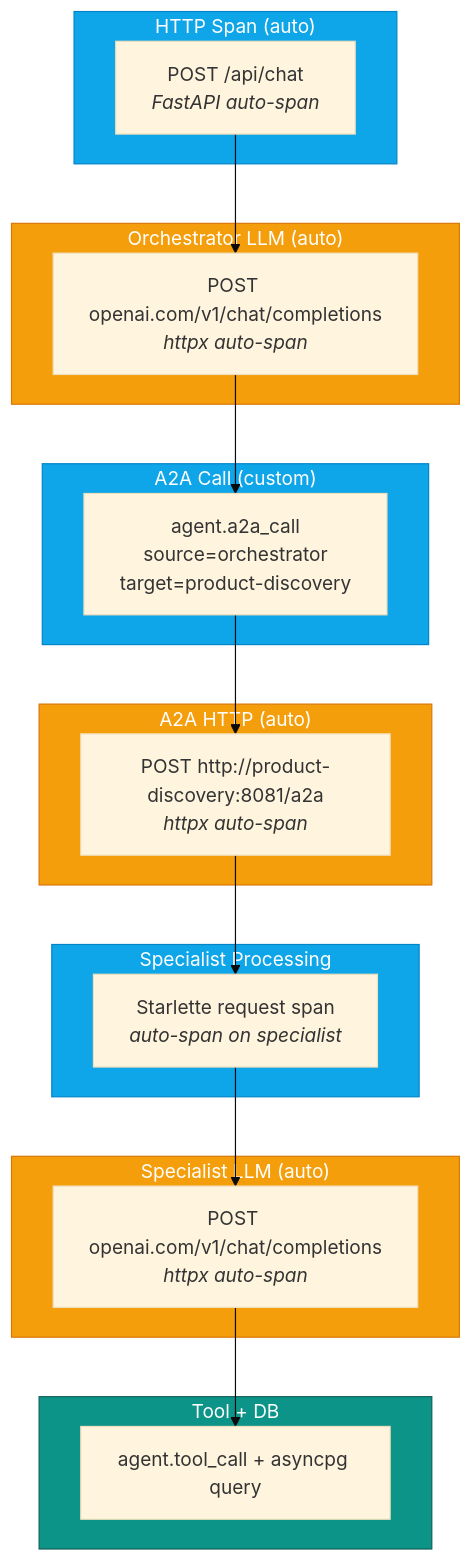
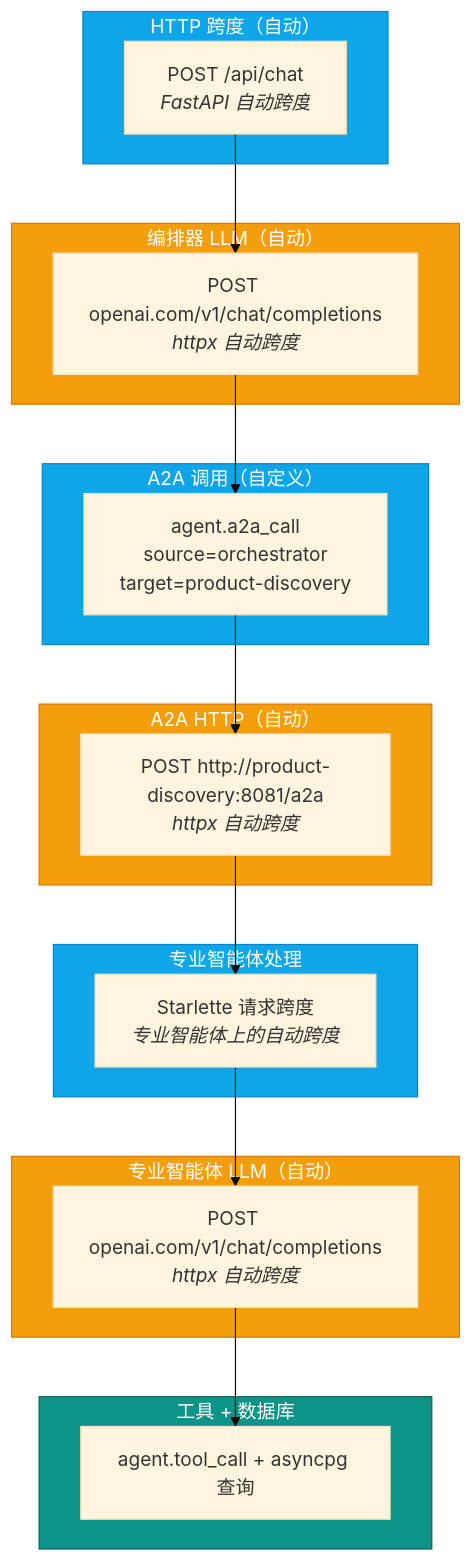
The third of 3 diagrams in docs/telemetry.md (s1encisi/reliable-commerce-agents), drawn with Mermaid (base theme) before and after one commit. The commit also changed other lines of this file and 1033 other files, not shown here.

````diff
--- a/docs/telemetry.md
+++ b/docs/telemetry.md
@@ -94,44 +94,44 @@
 ```mermaid
 graph TD
-    subgraph HTTP["HTTP Span (auto)"]
+    subgraph HTTP["HTTP 跨度（自动）"]
         style HTTP fill:#0ea5e9,stroke:#0284c7,color:#fff
-        A["POST /api/chat<br/><i>FastAPI auto-span</i>"]
+        A["POST /api/chat<br/><i>FastAPI 自动跨度</i>"]
     end
 
-    subgraph LLM1["Orchestrator LLM (auto)"]
+    subgraph LLM1["编排器 LLM（自动）"]
         style LLM1 fill:#f59e0b,stroke:#d97706,color:#fff
-        B["POST openai.com/v1/chat/completions<br/><i>httpx auto-span</i>"]
+        B["POST openai.com/v1/chat/completions<br/><i>httpx 自动跨度</i>"]
     end
 
-    subgraph A2A["A2A Call (custom)"]
+    subgraph A2A["A2A 调用（自定义）"]
         style A2A fill:#0ea5e9,stroke:#0284c7,color:#fff
         C["agent.a2a_call<br/>source=orchestrator<br/>target=product-discovery"]
     end
 
-    subgraph A2AHTTP["A2A HTTP (auto)"]
+    subgraph A2AHTTP["A2A HTTP（自动）"]
         style A2AHTTP fill:#f59e0b,stroke:#d97706,color:#fff
-        D["POST http://product-discovery:8081/a2a<br/><i>httpx auto-span</i>"]
+        D["POST http://product-discovery:8081/a2a<br/><i>httpx 自动跨度</i>"]
     end
 
-    subgraph Specialist["Specialist Processing"]
+    subgraph Specialist["专业智能体处理"]
         style Specialist fill:#0ea5e9,stroke:#0284c7,color:#fff
-        E["Starlette request span<br/><i>auto-span on specialist</i>"]
+        E["Starlette 请求跨度<br/><i>专业智能体上的自动跨度</i>"]
     end
 
-    subgraph LLM2["Specialist LLM (auto)"]
+    subgraph LLM2["专业智能体 LLM（自动）"]
         style LLM2 fill:#f59e0b,stroke:#d97706,color:#fff
-        F["POST openai.com/v1/chat/completions<br/><i>httpx auto-span</i>"]
+        F["POST openai.com/v1/chat/completions<br/><i>httpx 自动跨度</i>"]
     end
 
-    subgraph Tool["Tool + DB"]
+    subgraph Tool["工具 + 数据库"]
         style Tool fill:#0d9488,stroke:#115e59,color:#fff
-        G["agent.tool_call + asyncpg query"]
+        G["agent.tool_call + asyncpg 查询"]
     end
 
     A --> B
     B --> C
     C --> D
     D --> E
     E --> F
     F --> G
 ```
````
